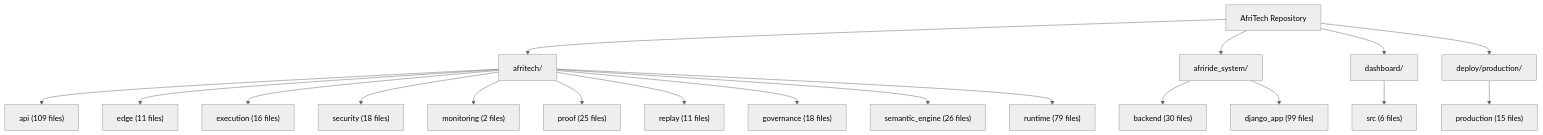
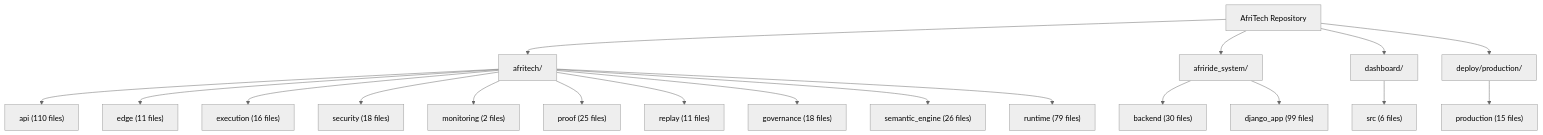
Before and after one commit to Strelly2023/afritelematics: the second of 2 diagrams in docs/architecture/AFRITECH_FULL_ARCHITECTURE_GRAPH.md, drawn with Mermaid (neutral theme). The commit also changed other lines of this file and 44 other files, not shown here.

````diff
--- a/docs/architecture/AFRITECH_FULL_ARCHITECTURE_GRAPH.md
+++ b/docs/architecture/AFRITECH_FULL_ARCHITECTURE_GRAPH.md
@@ -64,23 +64,23 @@
 ```mermaid
 flowchart TD
     Root["AfriTech Repository"] --> Core["afritech/"]
     Root --> Ride["afriride_system/"]
     Root --> Ui["dashboard/"]
     Root --> Deploy["deploy/production/"]
 
-    Core --> Api["api (109 files)"]
+    Core --> Api["api (110 files)"]
     Core --> Edge["edge (11 files)"]
     Core --> Execution["execution (16 files)"]
     Core --> Security["security (18 files)"]
     Core --> Monitoring["monitoring (2 files)"]
     Core --> Proof["proof (25 files)"]
     Core --> Replay["replay (11 files)"]
     Core --> Governance["governance (18 files)"]
     Core --> Semantic["semantic_engine (26 files)"]
     Core --> Runtime["runtime (79 files)"]
 
     Ride --> Backend["backend (30 files)"]
     Ride --> Django["django_app (99 files)"]
     Ui --> Dashboard["src (6 files)"]
     Deploy --> Production["production (15 files)"]
 ```
````
